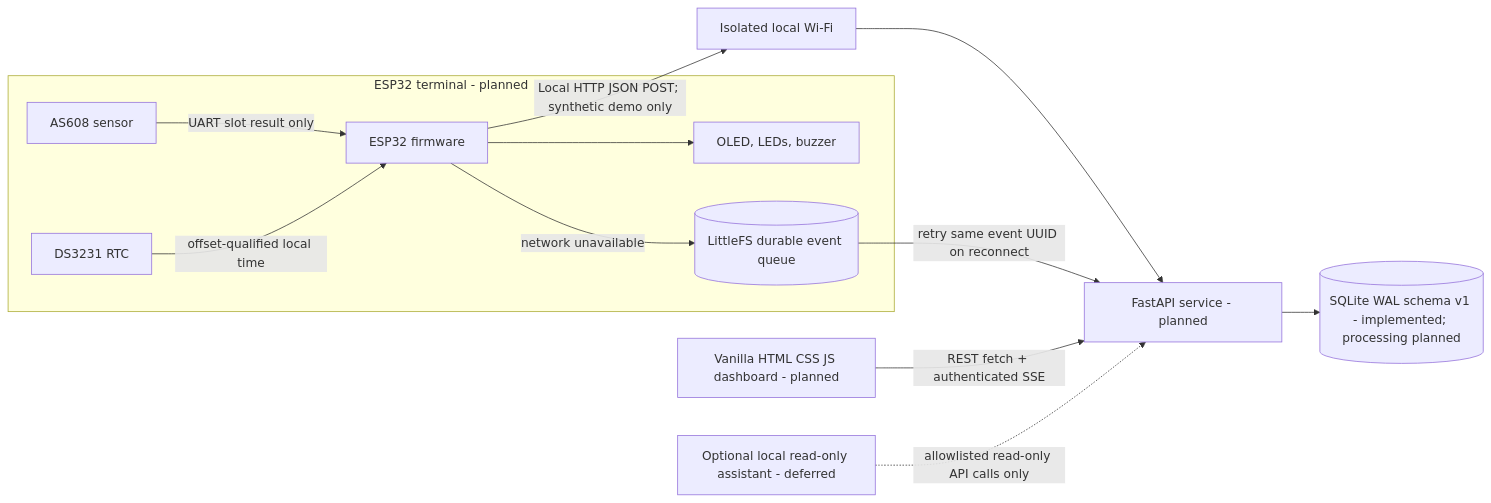
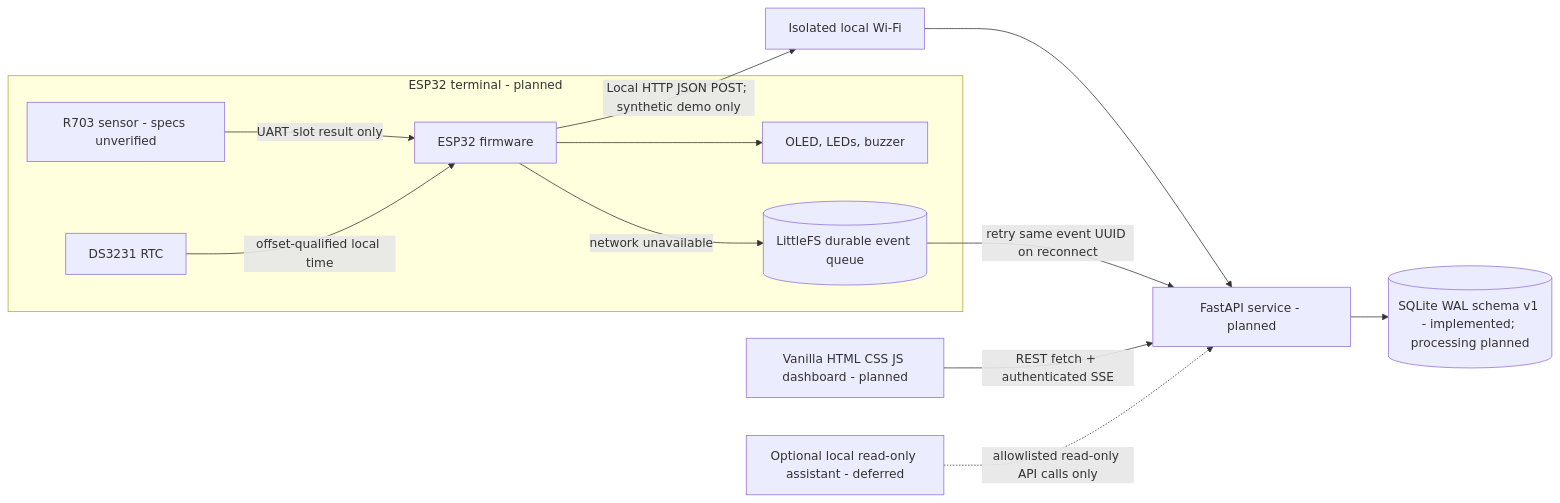
Before and after one commit to Wireshreck/biometric-attendance: the diagram in diagrams/architecture.mmd, drawn with Mermaid. The commit also changed 40 other files, not shown here.

```diff
--- a/diagrams/architecture.mmd
+++ b/diagrams/architecture.mmd
@@ -1,23 +1,23 @@
 flowchart LR
   subgraph Edge[ESP32 terminal - planned]
-    Sensor[AS608 sensor]
+    Sensor[R703 sensor - specs unverified]
     MCU[ESP32 firmware]
     RTC[DS3231 RTC]
     UIhw[OLED, LEDs, buzzer]
     Queue[(LittleFS durable event queue)]
     Sensor -->|UART slot result only| MCU
     RTC -->|offset-qualified local time| MCU
     MCU --> UIhw
     MCU -->|network unavailable| Queue
   end
 
   AP[Isolated local Wi-Fi]
   API[FastAPI service - planned]
   DB[(SQLite WAL schema v1 - implemented; processing planned)]
   Web[Vanilla HTML CSS JS dashboard - planned]
   AI[Optional local read-only assistant - deferred]
   MCU -->|Local HTTP JSON POST; synthetic demo only| AP --> API
   Queue -->|retry same event UUID on reconnect| API
   API --> DB
   Web -->|REST fetch + authenticated SSE| API
   AI -.->|allowlisted read-only API calls only| API
```
